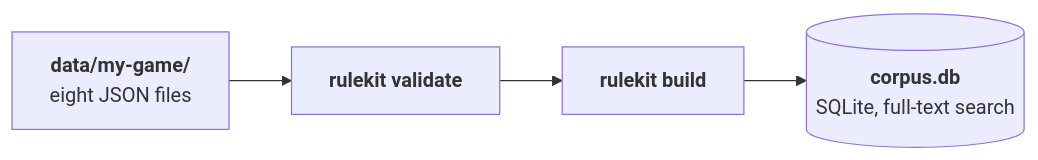
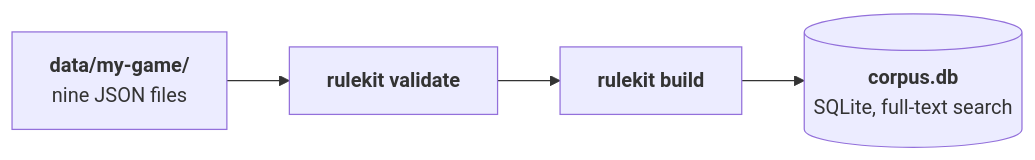
The first of 5 diagrams in docs/architecture.md (rulekitai/rulekit), drawn with Mermaid before and after one commit. The commit also changed other lines of this file and 87 other files, not shown here.

````diff
--- a/docs/architecture.md
+++ b/docs/architecture.md
@@ -7,8 +7,8 @@
 ```mermaid
 flowchart LR
     JSON["`**data/my-game/**
-        eight JSON files`"] --> VALIDATE["`**rulekit validate**`"]
+        nine JSON files`"] --> VALIDATE["`**rulekit validate**`"]
     VALIDATE --> BUILD["`**rulekit build**`"]
     BUILD --> DB[("`**corpus.db**
         SQLite, full-text search`")]
 ```
````
